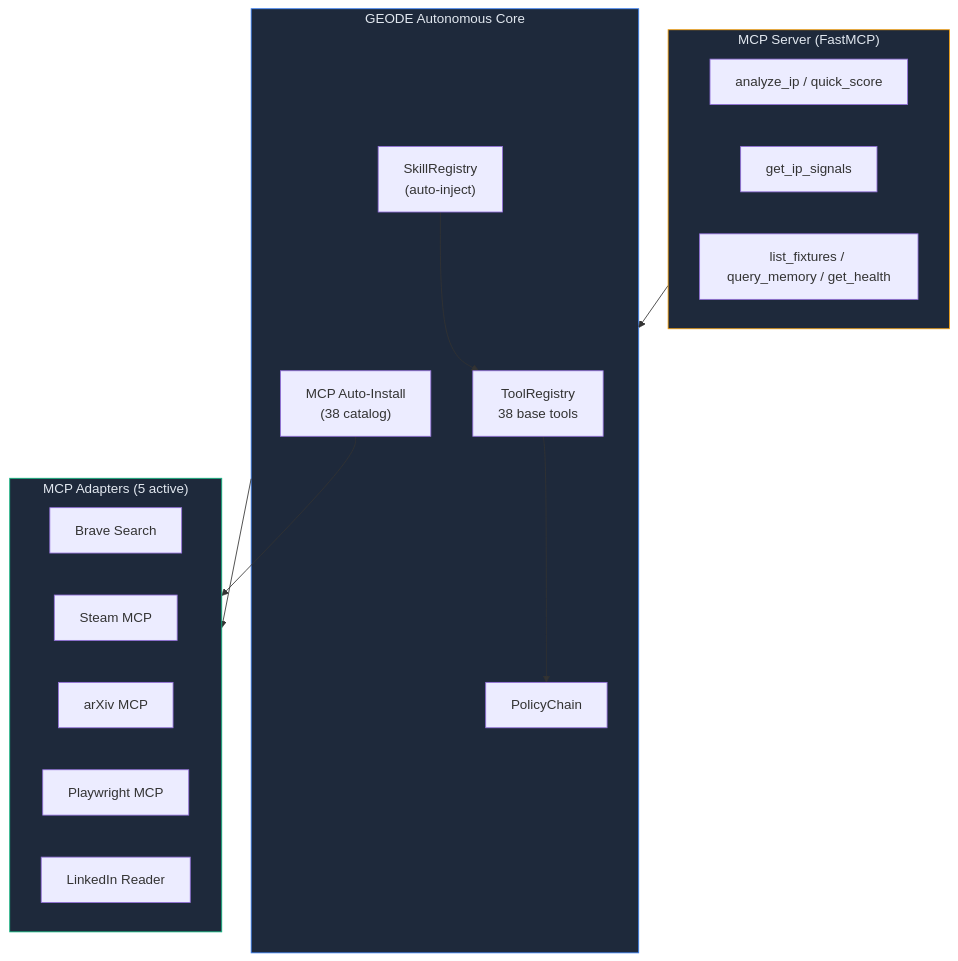
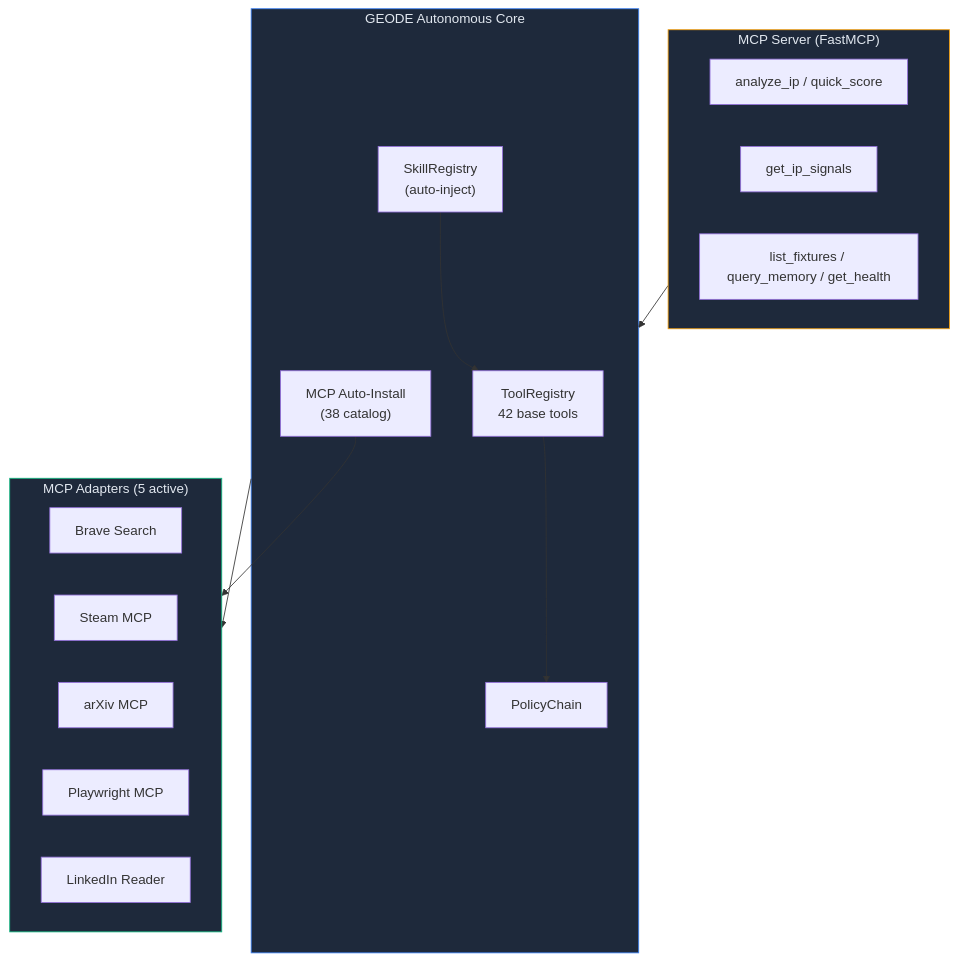
Before and after one commit to mangowhoiscloud/geode: the tenth of 12 diagrams in README.md, drawn with Mermaid. The commit also changed other lines of this file, not shown here.

Commit message:
docs: README Highlights 보강 + Mermaid 정합성 수정 (42 tools, 4-tier memory, Token Guard unlimited)

````diff
--- a/README.md
+++ b/README.md
@@ -402,33 +451,33 @@
 ```mermaid
 graph TB
     subgraph GEODE["GEODE Autonomous Core"]
-        Registry["ToolRegistry<br/>38 base tools"]
+        Registry["ToolRegistry<br/>42 base tools"]
         Policy["PolicyChain"]
         SkillReg["SkillRegistry<br/>(auto-inject)"]
         MCPInstall["MCP Auto-Install<br/>(38 catalog)"]
     end
 
     subgraph MCPAdapters["MCP Adapters (5 active)"]
         Brave["Brave Search"]
         Steam["Steam MCP"]
         ArXiv["arXiv MCP"]
         PW["Playwright MCP"]
         LI["LinkedIn Reader"]
     end
 
     subgraph MCPServer["MCP Server (FastMCP)"]
         T1["analyze_ip / quick_score"]
         T2["get_ip_signals"]
         T3["list_fixtures / query_memory / get_health"]
     end
 
     Registry --> Policy
     SkillReg --> Registry
     MCPInstall --> MCPAdapters
     GEODE --> MCPAdapters
     MCPServer --> GEODE
 
     style GEODE fill:#1e293b,stroke:#3b82f6,color:#e2e8f0
     style MCPAdapters fill:#1e293b,stroke:#10b981,color:#e2e8f0
     style MCPServer fill:#1e293b,stroke:#f59e0b,color:#e2e8f0
 ```
````
